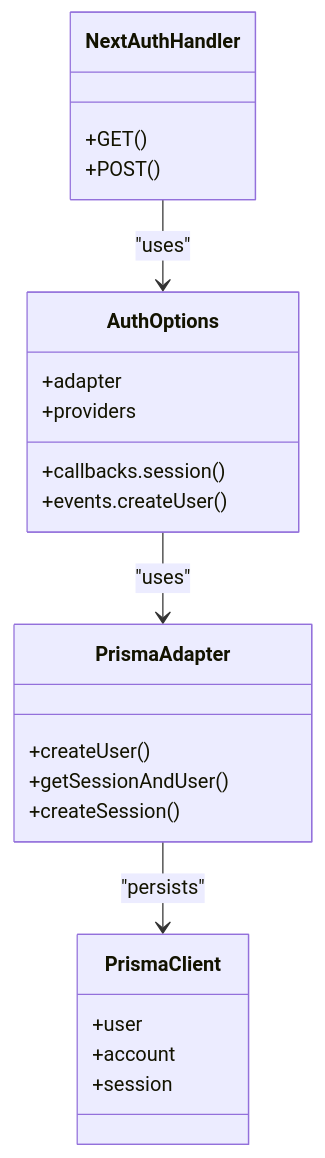
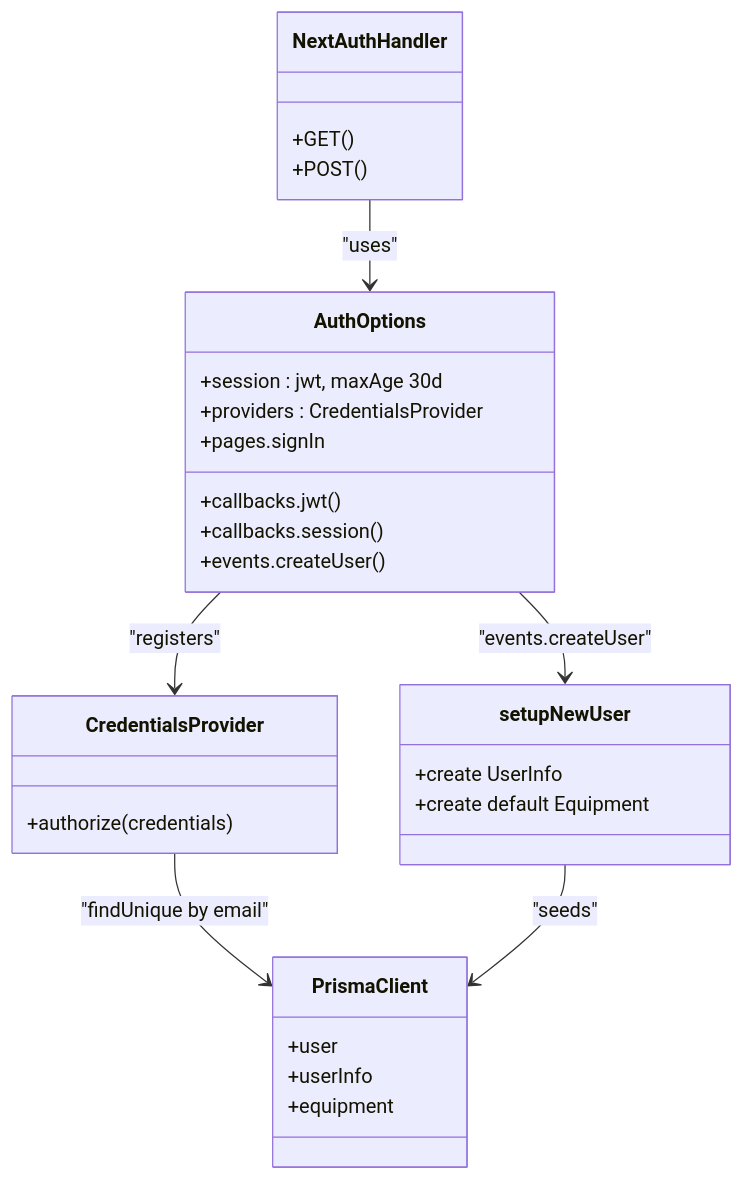
One commit to Dezzpil/meingym changed the third of 8 diagrams in .qoder/repowiki/en/content/Architecture Overview/Architecture Overview.md. Above: the diagram before and after it, drawn with Mermaid. The commit also changed other lines of this file and 12 other files, not shown here.

````diff
--- a/.qoder/repowiki/en/content/Architecture Overview/Architecture Overview.md
+++ b/.qoder/repowiki/en/content/Architecture Overview/Architecture Overview.md
@@ -160,26 +199,32 @@
 ```mermaid
 classDiagram
 class NextAuthHandler {
 +GET()
 +POST()
 }
 class AuthOptions {
-+adapter
-+providers
++session : jwt, maxAge 30d
++providers : CredentialsProvider
++callbacks.jwt()
 +callbacks.session()
++pages.signIn
 +events.createUser()
 }
-class PrismaAdapter {
-+createUser()
-+getSessionAndUser()
-+createSession()
+class CredentialsProvider {
++authorize(credentials)
+}
+class setupNewUser {
++create UserInfo
++create default Equipment
 }
 class PrismaClient {
 +user
-+account
-+session
++userInfo
++equipment
 }
 NextAuthHandler --> AuthOptions : "uses"
-AuthOptions --> PrismaAdapter : "uses"
-PrismaAdapter --> PrismaClient : "persists"
+AuthOptions --> CredentialsProvider : "registers"
+CredentialsProvider --> PrismaClient : "findUnique by email"
+AuthOptions --> setupNewUser : "events.createUser"
+setupNewUser --> PrismaClient : "seeds"
 ```
````
